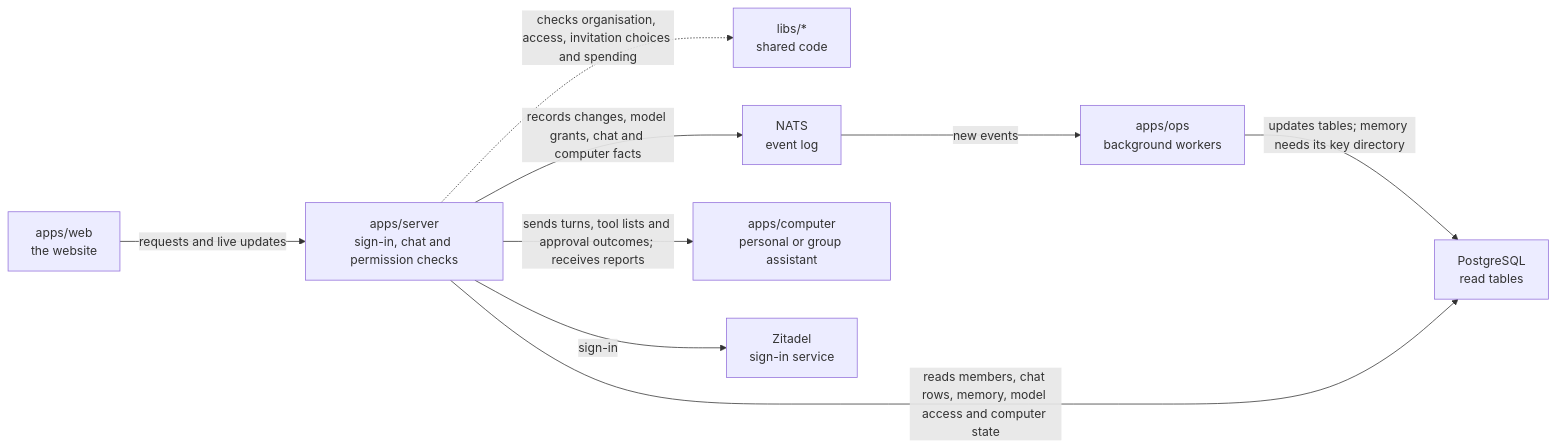
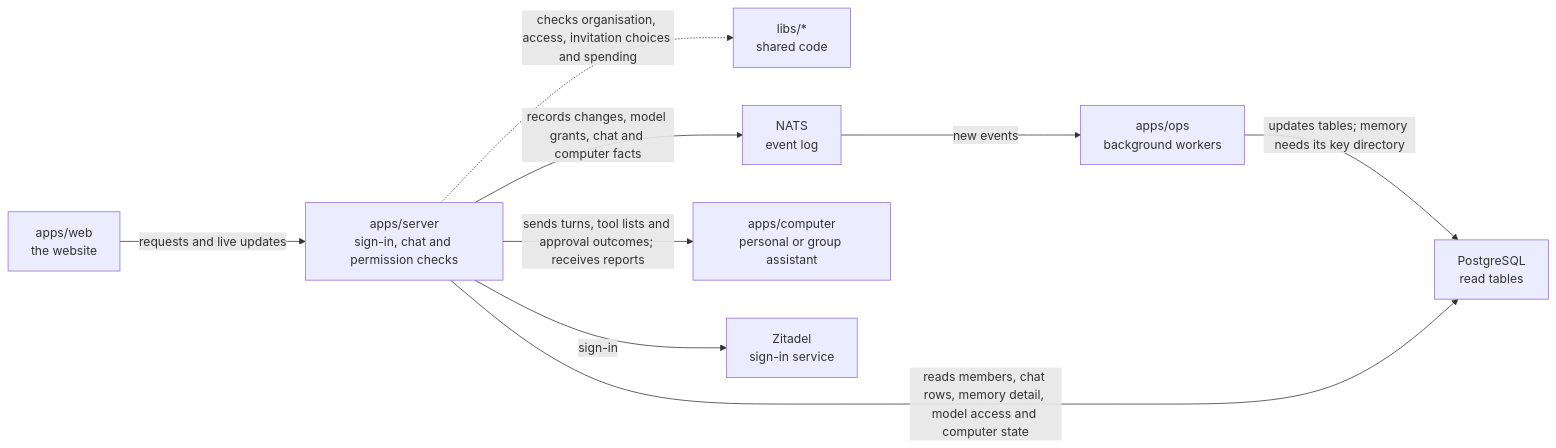
Before and after one commit to elewa-git/opencrane-new: the diagram in apps/server/README.md, drawn with Mermaid. The commit also changed other lines of this file and 12 other files, not shown here.

Commit message:
🔎 Return memory detail with separately checked sources

````diff
--- a/apps/server/README.md
+++ b/apps/server/README.md
@@ -11,11 +11,11 @@
 ```mermaid
 flowchart LR
   web["apps/web<br/>the website"] -->|requests and live updates| server["apps/server<br/>sign-in, chat and permission checks"]
   server -.->|checks organisation, access, invitation choices and spending| libs["libs/*<br/>shared code"]
   server -->|records changes, model grants, chat and computer facts| nats["NATS<br/>event log"]
   nats -->|new events| ops["apps/ops<br/>background workers"]
   ops -->|updates tables; memory needs its key directory| postgres["PostgreSQL<br/>read tables"]
-  server -->|reads members, chat rows, memory, model access and computer state| postgres
+  server -->|reads members, chat rows, memory detail, model access and computer state| postgres
   server -->|sends turns, tool lists and approval outcomes; receives reports| computer["apps/computer<br/>personal or group assistant"]
   server -->|sign-in| zitadel["Zitadel<br/>sign-in service"]
 ```
````
